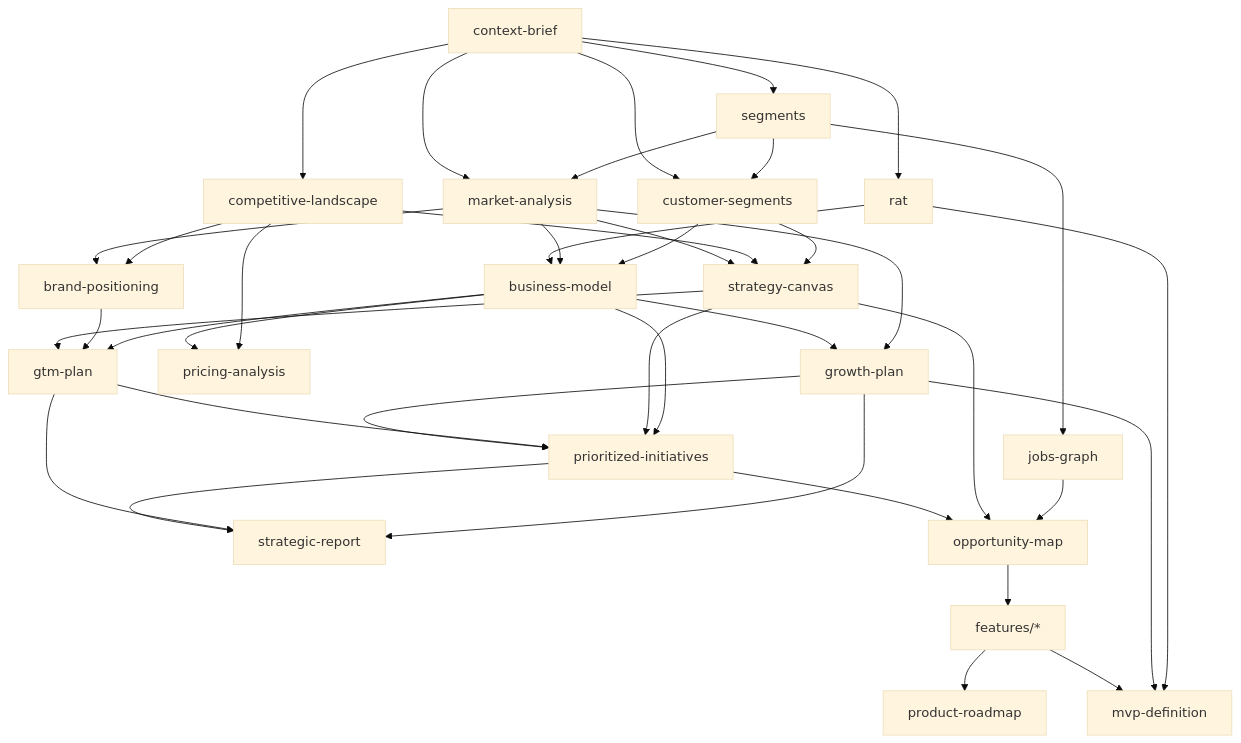
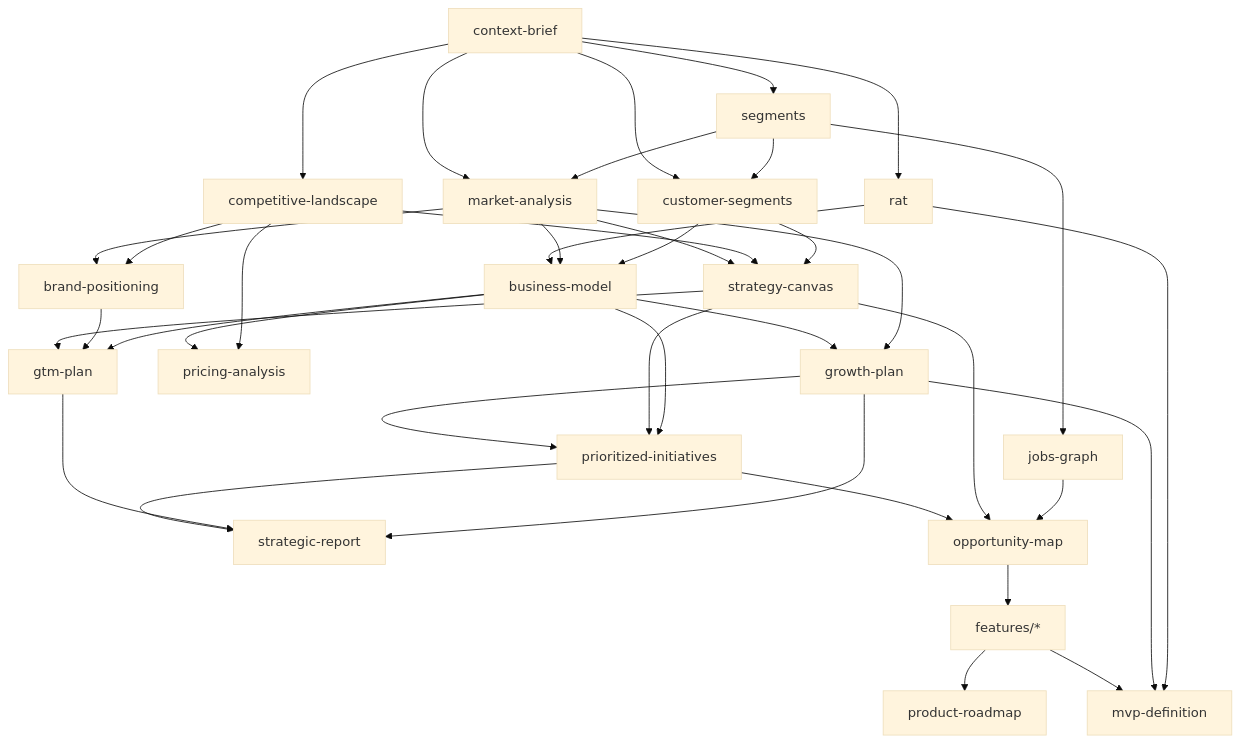
Before and after one commit to tundraray/overture: the diagram in strategy/skills/strategy-documentation-criteria/SKILL.md, drawn with Mermaid (base theme). The commit also changed other lines of this file and 156 other files, not shown here.

````diff
--- a/strategy/skills/strategy-documentation-criteria/SKILL.md
+++ b/strategy/skills/strategy-documentation-criteria/SKILL.md
@@ -54,41 +54,40 @@
 ```mermaid
 graph TD
     CB[context-brief] --> MA[market-analysis]
     CB --> CL[competitive-landscape]
     CB --> CS[customer-segments]
     CB --> RAT[rat]
     CB --> SEG[segments]
     SEG --> JG[jobs-graph]
     RAT --> BM
     SEG --> CS
     SEG --> MA
     MA --> SC[strategy-canvas]
     CL --> SC
     CS --> SC
     MA --> BP[brand-positioning]
     CL --> BP
     MA --> BM[business-model]
     CS --> BM
     SC --> GTM[gtm-plan]
     BP --> GTM
     BM --> GTM
     BM --> PA[pricing-analysis]
     CL --> PA
     BM --> GP[growth-plan]
     MA --> GP
     GP --> PI[prioritized-initiatives]
-    GTM --> PI
     SC --> PI
     BM --> PI
     PI --> SR[strategic-report]
     GTM --> SR
     GP --> SR
     PI --> OM[opportunity-map]
     SC --> OM
     JG --> OM
     OM --> FS[features/*]
     FS --> PR[product-roadmap]
     FS --> MVP[mvp-definition]
     GP --> MVP
     RAT --> MVP
 ```
````
